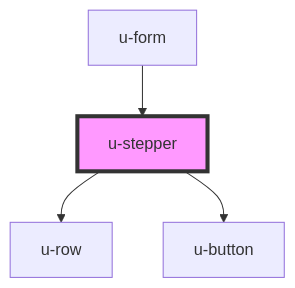
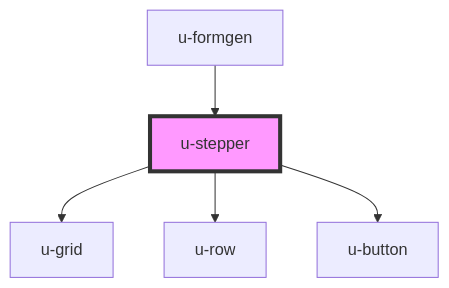
One commit to theUrbans/uniform changed the diagram in src/components/u-stepper/readme.md. Above: the diagram before and after it, drawn with Mermaid. The commit also changed other lines of this file and 11 other files, not shown here.

````diff
--- a/src/components/u-stepper/readme.md
+++ b/src/components/u-stepper/readme.md
@@ -36,7 +44,8 @@
 ```mermaid
 graph TD;
+  u-stepper --> u-grid
   u-stepper --> u-row
   u-stepper --> u-button
-  u-form --> u-stepper
+  u-formgen --> u-stepper
   style u-stepper fill:#f9f,stroke:#333,stroke-width:4px
 ```
````
